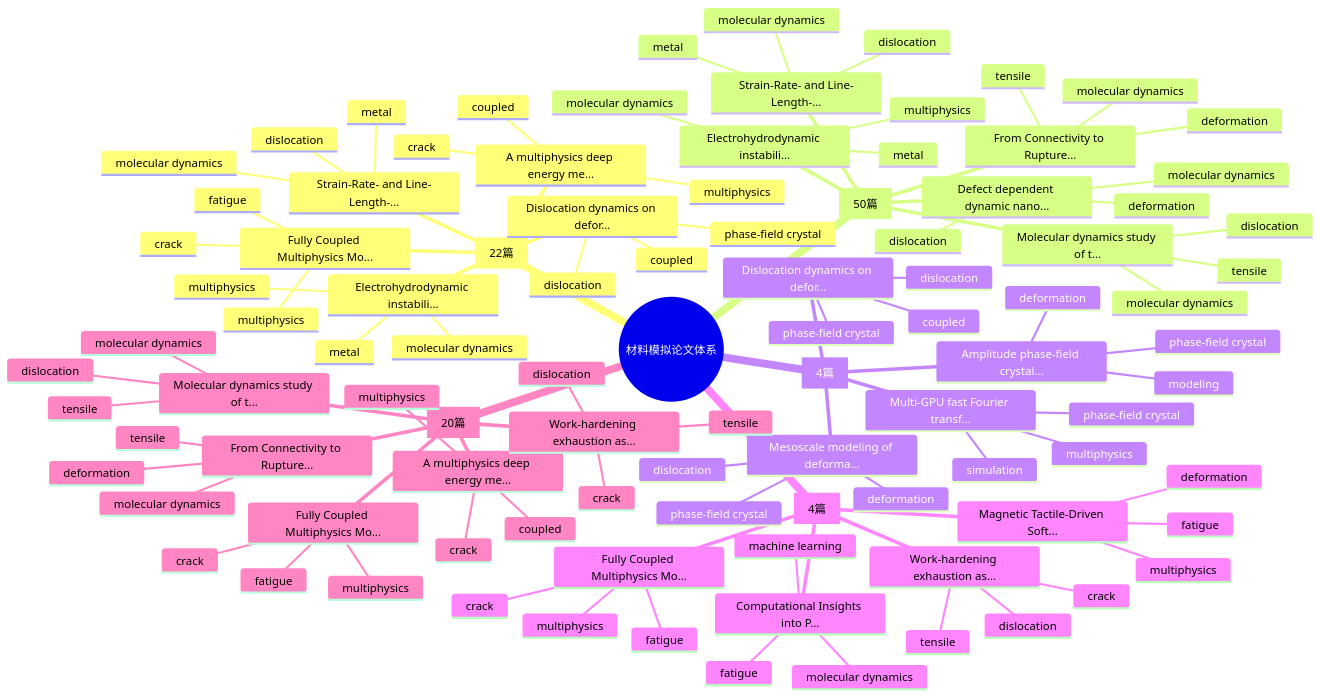
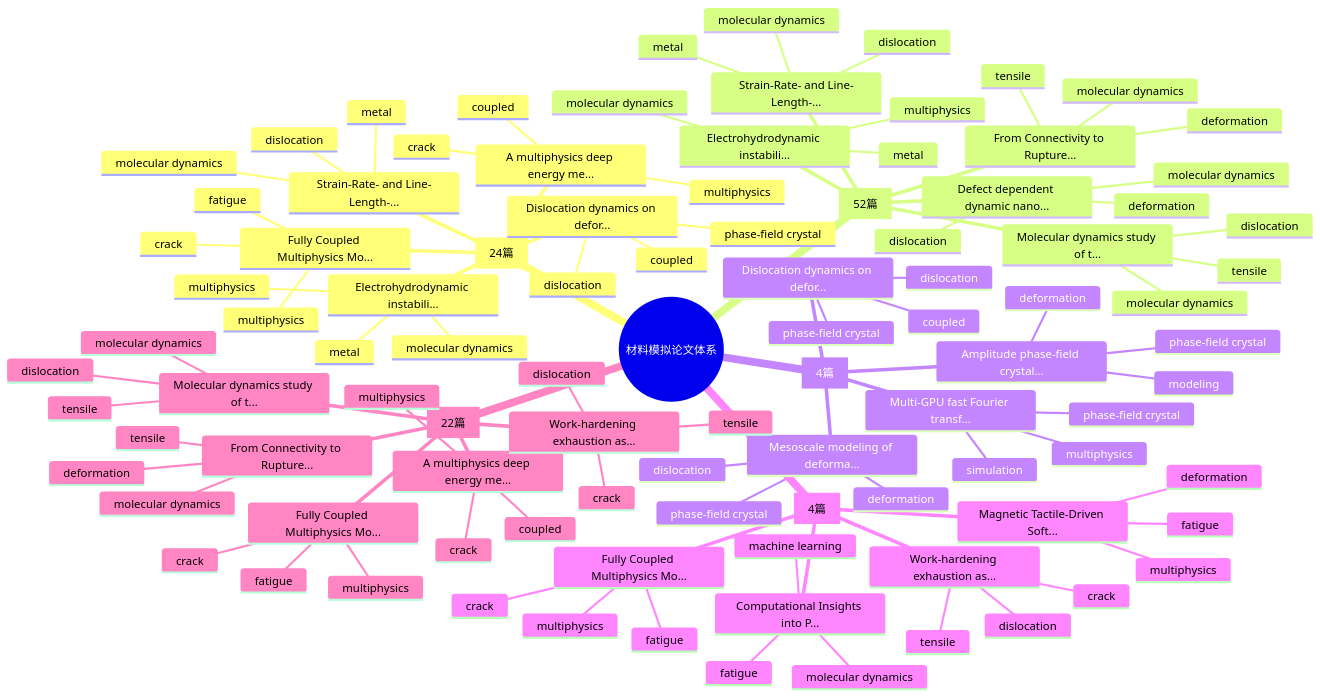
The first of 2 diagrams in README.md (Shirakawa11111/BJK_readpaper), drawn with Mermaid before and after one commit. The commit also changed other lines of this file and 11 other files, not shown here.

````diff
--- a/README.md
+++ b/README.md
@@ -94,7 +94,7 @@
 ```mermaid
 mindmap
   root((材料模拟论文体系))
-    Multiphysics Coupling [22篇]
+    Multiphysics Coupling [24篇]
       Fully Coupled Multiphysics Mo...
         fatigue
         multiphysics
@@ -115,7 +115,7 @@
         molecular dynamics
         dislocation
         metal
-    Molecular Dynamics [50篇]
+    Molecular Dynamics [52篇]
       Molecular dynamics study of t...
         molecular dynamics
         dislocation
@@ -170,7 +170,7 @@
         multiphysics
         fatigue
         deformation
-    Tensile / Deformation Simulation [20篇]
+    Tensile / Deformation Simulation [22篇]
       Fully Coupled Multiphysics Mo...
         fatigue
         multiphysics
````
